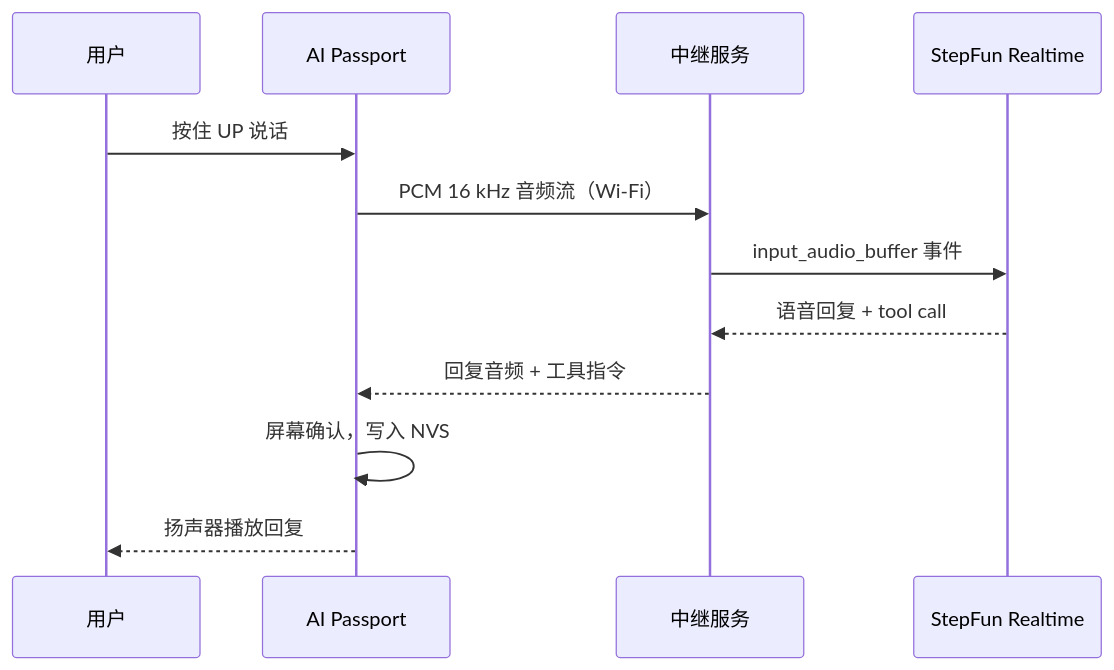
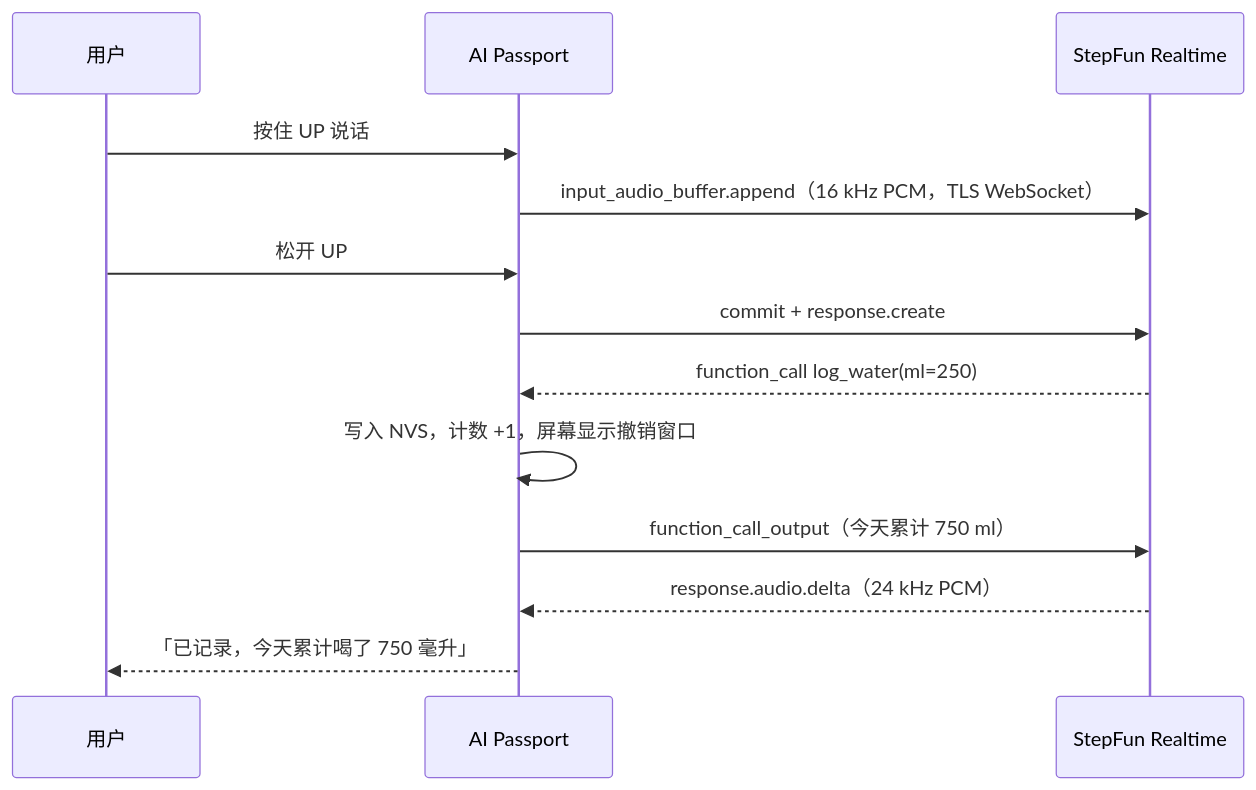
Before and after one commit to iFwu/passport-health-buddy: the second of 2 diagrams in docs/health-companion.zh_CN.md, drawn with Mermaid. The commit also changed other lines of this file and 11 other files, not shown here.

````diff
--- a/docs/health-companion.zh_CN.md
+++ b/docs/health-companion.zh_CN.md
@@ -98,14 +101,15 @@
 ```mermaid
 sequenceDiagram
     participant U as 用户
     participant D as AI Passport
-    participant R as 中继服务
     participant S as StepFun Realtime
     U->>D: 按住 UP 说话
-    D->>R: PCM 16 kHz 音频流（Wi-Fi）
-    R->>S: input_audio_buffer 事件
-    S-->>R: 语音回复 + tool call
-    R-->>D: 回复音频 + 工具指令
-    D->>D: 屏幕确认，写入 NVS
-    D-->>U: 扬声器播放回复
+    D->>S: input_audio_buffer.append（16 kHz PCM，TLS WebSocket）
+    U->>D: 松开 UP
+    D->>S: commit + response.create
+    S-->>D: function_call log_water(ml=250)
+    D->>D: 写入 NVS，计数 +1，屏幕显示撤销窗口
+    D->>S: function_call_output（今天累计 750 ml）
+    S-->>D: response.audio.delta（24 kHz PCM）
+    D-->>U: 「已记录，今天累计喝了 750 毫升」
 ```
````
